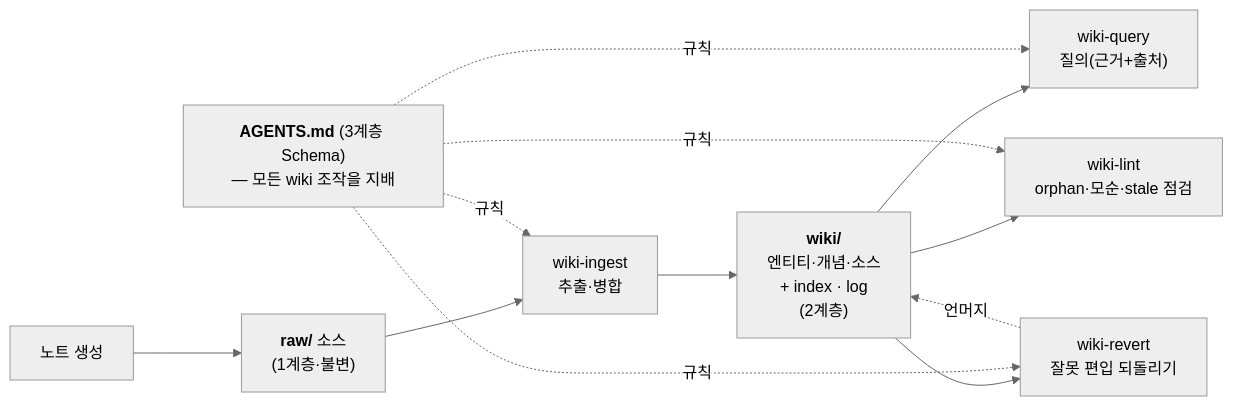
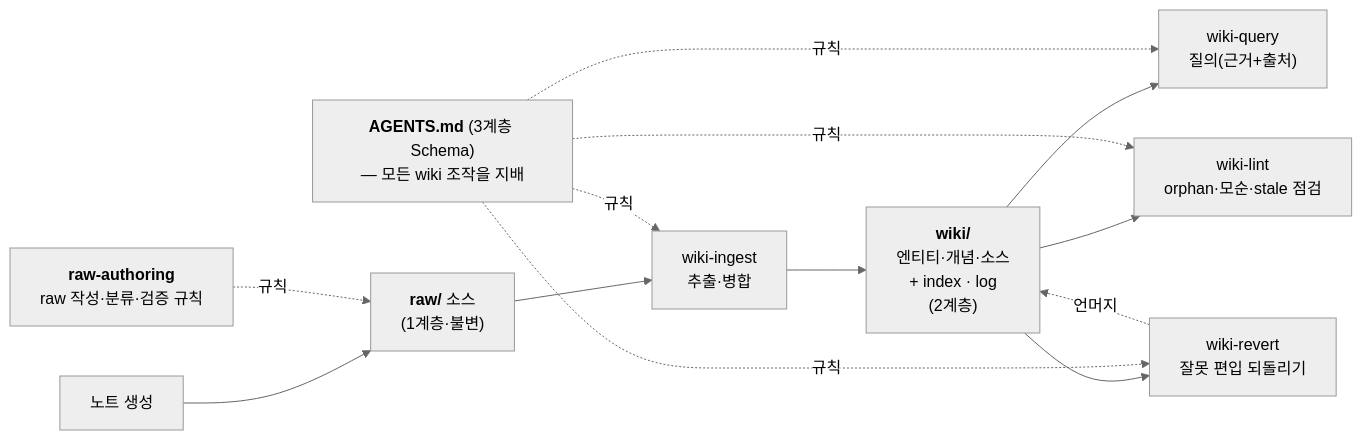
Before and after one commit to jsyang-dev/lucid-log: the diagram in src/content/blog/LLM-Wiki-하네스-구현.md, drawn with Mermaid (neutral theme).

Commit message:
post(web-publish): 1건 동기화

````diff
--- a/src/content/blog/LLM-Wiki-하네스-구현.md
+++ b/src/content/blog/LLM-Wiki-하네스-구현.md
@@ -146,24 +146,27 @@
 ```mermaid
 flowchart LR
     NOTE["노트 생성"]
 
     RAW["<b>raw/</b> 소스<br/>(1계층·불변)"]
     ING["wiki-ingest<br/>추출·병합"]
     WIKI["<b>wiki/</b><br/>엔티티·개념·소스<br/>+ index · log<br/>(2계층)"]
     Q["wiki-query<br/>질의(근거+출처)"]
     L["wiki-lint<br/>orphan·모순·stale 점검"]
     R["wiki-revert<br/>잘못 편입 되돌리기"]
 
     NOTE --> RAW
     RAW --> ING --> WIKI
     WIKI --> Q
     WIKI --> L
     WIKI --> R
     R -.언머지.-> WIKI
 
+    RA["<b>raw-authoring</b><br/>raw 작성·분류·검증 규칙"]
+    RA -.규칙.-> RAW
+
     AGENTS["<b>AGENTS.md</b> (3계층 Schema)<br/>— 모든 wiki 조작을 지배"]
     AGENTS -.규칙.-> ING
     AGENTS -.규칙.-> Q
     AGENTS -.규칙.-> L
     AGENTS -.규칙.-> R
 ```
````
